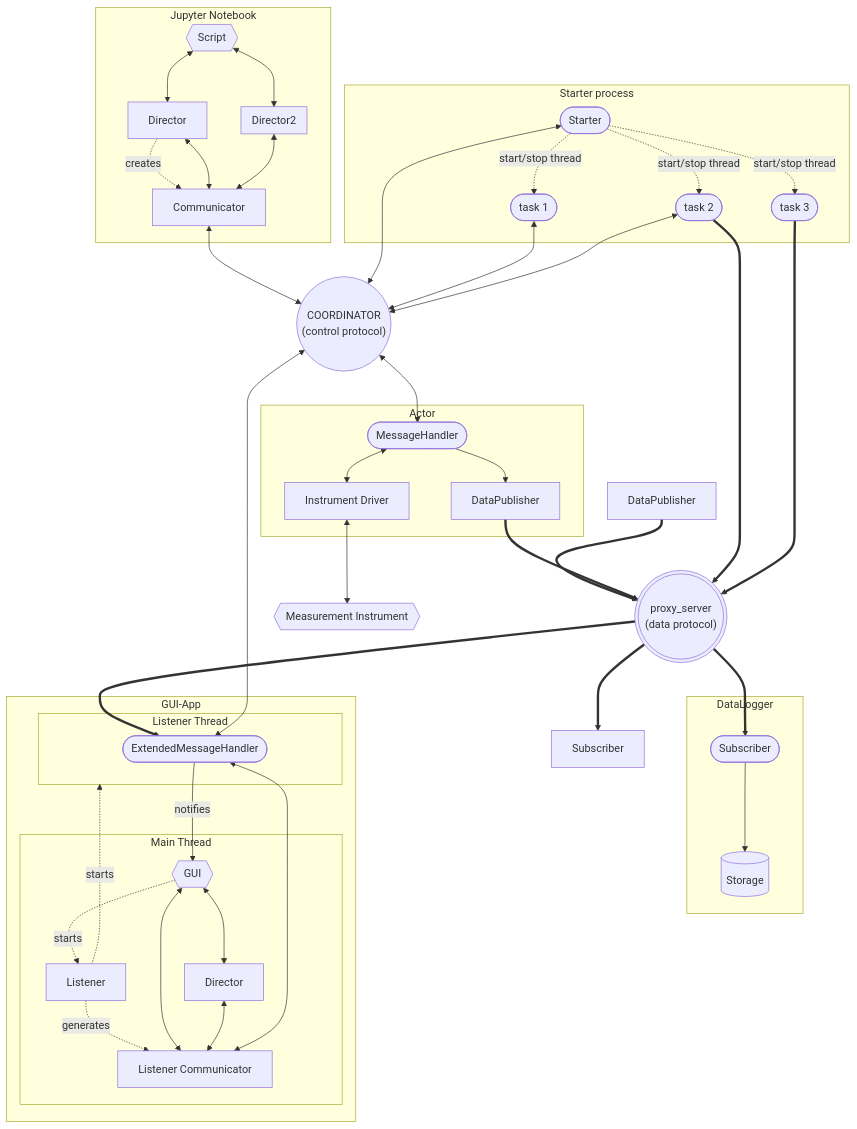
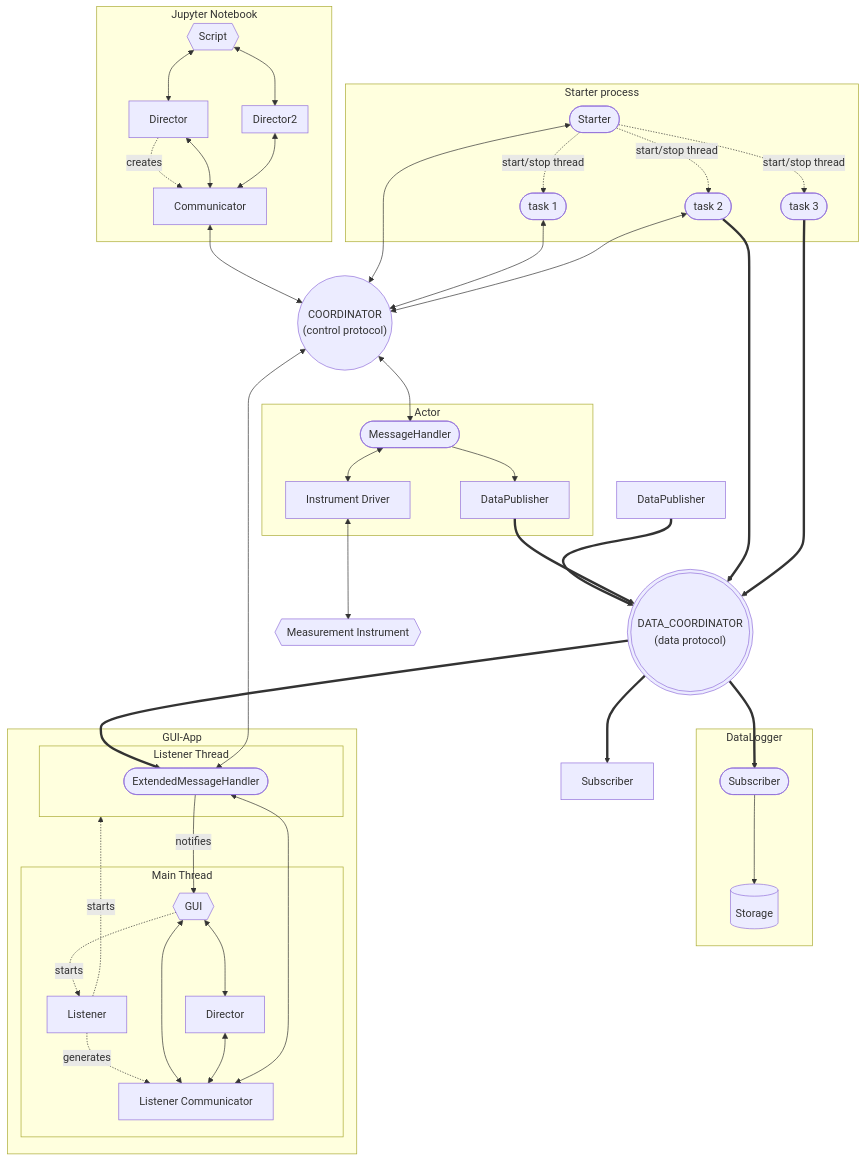
One commit to pymeasure/pyleco changed the fourth of 4 diagrams in GETTING_STARTED.md. Above: the diagram before and after it, drawn with Mermaid. The commit also changed other lines of this file and 1 other file, not shown here.

````diff
--- a/GETTING_STARTED.md
+++ b/GETTING_STARTED.md
@@ -370,73 +446,73 @@
 ```mermaid
 flowchart TD
     COM2 <--> C(("COORDINATOR
     (control protocol)"))
 
     PUB[DataPublisher] ==> Proxy
-    Proxy((("proxy_server
+    Proxy((("DATA_COORDINATOR
     (data protocol)"))) ==> SUB[Subscriber]
     Proxy ==>SUBD
 
     subgraph DataLogger
         SUBD([Subscriber])-->STO[(Storage)]
     end
 
 
     subgraph Jupyter Notebook
         Script <--> Director
         Director -.->|creates|COM2[Communicator]
         Director <-->COM2
         Script{{Script}} <--> Director2 <--> COM2
         COM2
         subgraph Director2
         end
     end
 
 
     subgraph "`Actor`"
         MessageHandler([MessageHandler]) <--> InstrumentDriver[Instrument Driver]
         MessageHandler --> PUB2[DataPublisher]
     end
     C <--> MessageHandler
     InstrumentDriver <--> Instrument{{Measurement Instrument}}
     PUB2 ==> Proxy
 
 
     subgraph GUI-App
         subgraph Main Thread
             Listener-.->|generates|ListenerCOM[Listener Communicator]
             GUI{{GUI}}
             Director5
         end
 
         subgraph ListenerThread[Listener Thread]
             ListenerEMH([ExtendedMessageHandler])
         end
 
         Listener-.->|starts|ListenerThread
         ListenerCOM<-->ListenerEMH
         GUI<-->ListenerCOM
         Director5[Director]<-->ListenerCOM
         GUI<-->Director5
         ListenerEMH-->|notifies|GUI
         GUI-.->|starts|Listener
     end
     ListenerEMH <---> C
     Proxy ==> ListenerEMH
 
     subgraph starter_p[Starter process]
         starter([Starter])
         t1([task 1])
         t2([task 2])
         t3([task 3])
         starter -.->|start/stop thread|t1
         starter -.->|start/stop thread|t2
         starter -.->|start/stop thread|t3
     end
     starter <-->C
     t1 <--> C
     t2 <--> C
     t2 ==> Proxy
     t3 ==> Proxy
 
 ```
````
